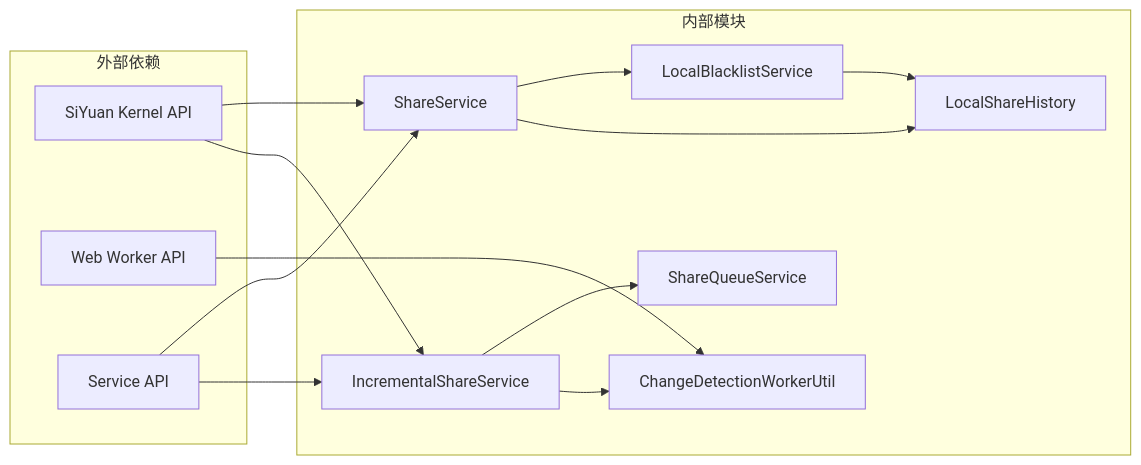
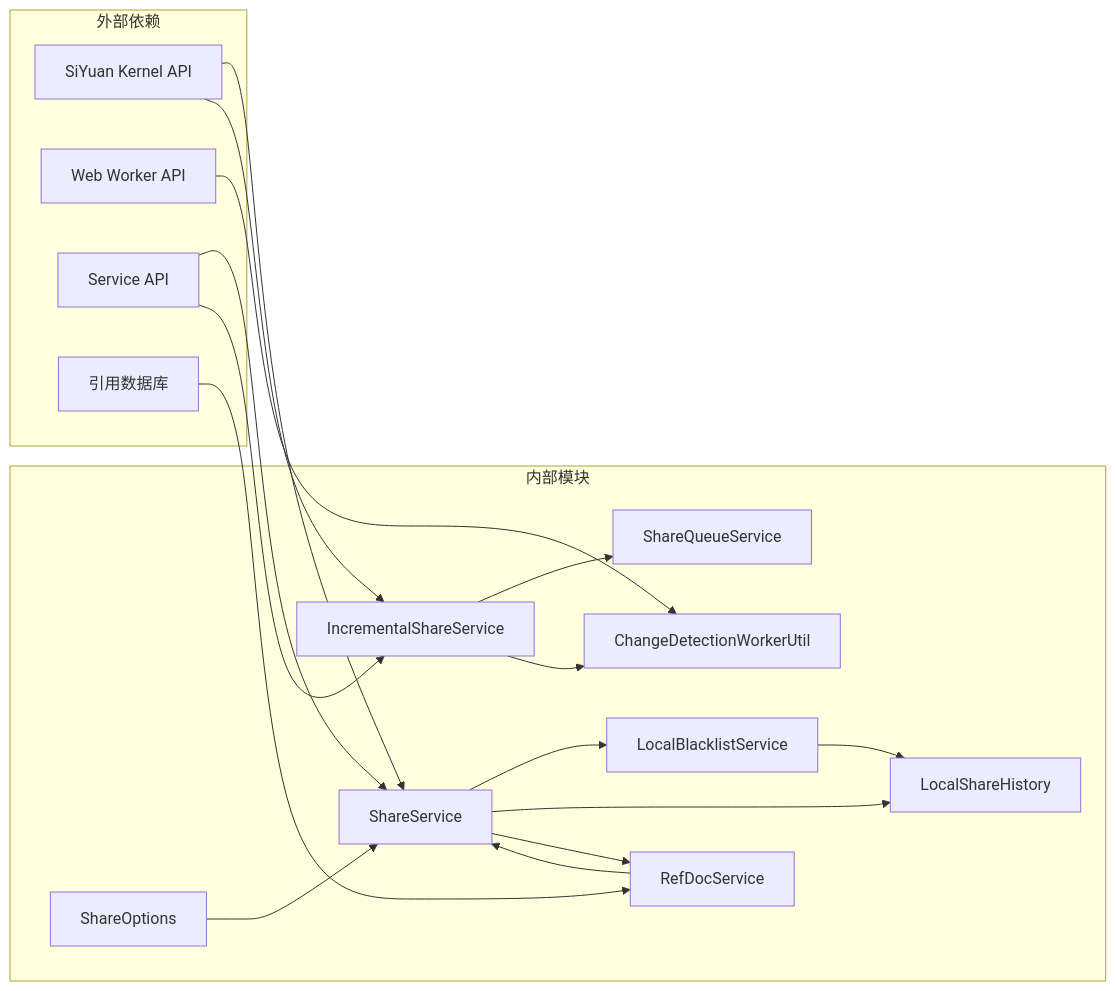
The ninth of 11 diagrams in .qoder/repowiki/zh/content/引用文档分享规范.md (terwerinc/siyuan-plugin-share-pro), drawn with Mermaid before and after one commit. The commit also changed other lines of this file and 8 other files, not shown here.

````diff
--- a/.qoder/repowiki/zh/content/引用文档分享规范.md
+++ b/.qoder/repowiki/zh/content/引用文档分享规范.md
@@ -320,26 +461,33 @@
 ```mermaid
 graph LR
 subgraph "外部依赖"
 A[SiYuan Kernel API]
 B[Web Worker API]
 C[Service API]
+D[引用数据库]
 end
 subgraph "内部模块"
-D[ShareService]
-E[IncrementalShareService]
-F[LocalBlacklistService]
-G[LocalShareHistory]
-H[ShareQueueService]
-I[ChangeDetectionWorkerUtil]
+E[ShareService]
+F[IncrementalShareService]
+G[LocalBlacklistService]
+H[LocalShareHistory]
+I[ShareQueueService]
+J[ChangeDetectionWorkerUtil]
+K[RefDocService]
+L[ShareOptions]
 end
-A --> D
 A --> E
-B --> I
-C --> D
+A --> F
+B --> J
 C --> E
-D --> F
-D --> G
+C --> F
+D --> K
+E --> G
 E --> H
-E --> I
-F --> G
+E --> K
+F --> I
+F --> J
+G --> H
+K --> E
+L --> E
 ```
````
